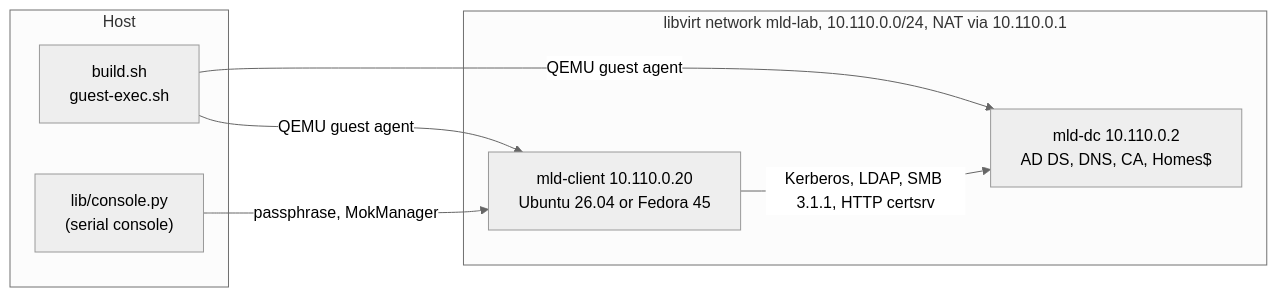
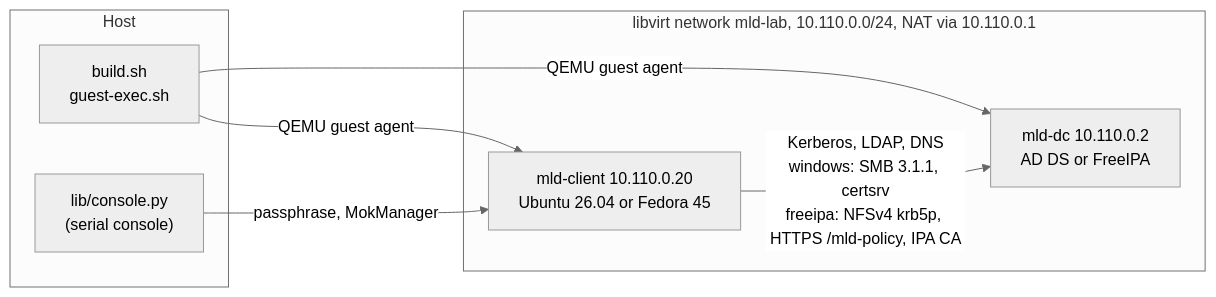
The first of 2 diagrams in README.md (arminfelder/managed-linux-desktop), drawn with Mermaid (neutral theme) before and after one commit. The commit also changed other lines of this file and 49 other files, not shown here.

````diff
--- a/README.md
+++ b/README.md
@@ -36,15 +47,15 @@
 ```mermaid
 flowchart LR
     subgraph host["Host"]
         build["build.sh<br/>guest-exec.sh"]
         console["lib/console.py<br/>(serial console)"]
     end
     subgraph net["libvirt network mld-lab, 10.110.0.0/24, NAT via 10.110.0.1"]
-        dc["mld-dc 10.110.0.2<br/>AD DS, DNS, CA, Homes$"]
+        dc["mld-dc 10.110.0.2<br/>AD DS or FreeIPA"]
         client["mld-client 10.110.0.20<br/>Ubuntu 26.04 or Fedora 45"]
     end
     build -- "QEMU guest agent" --> dc
     build -- "QEMU guest agent" --> client
     console -- "passphrase, MokManager" --> client
-    client -- "Kerberos, LDAP, SMB 3.1.1, HTTP certsrv" --> dc
+    client -- "Kerberos, LDAP, DNS<br/>windows: SMB 3.1.1, certsrv<br/>freeipa: NFSv4 krb5p, HTTPS /mld-policy, IPA CA" --> dc
 ```
````
